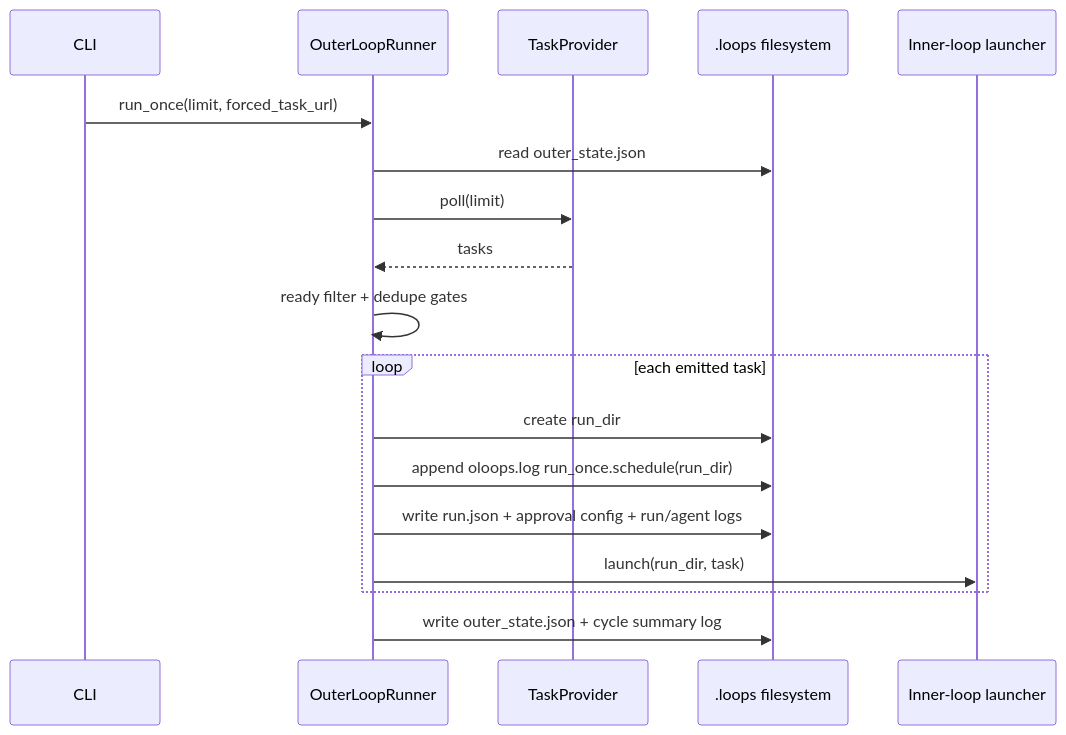
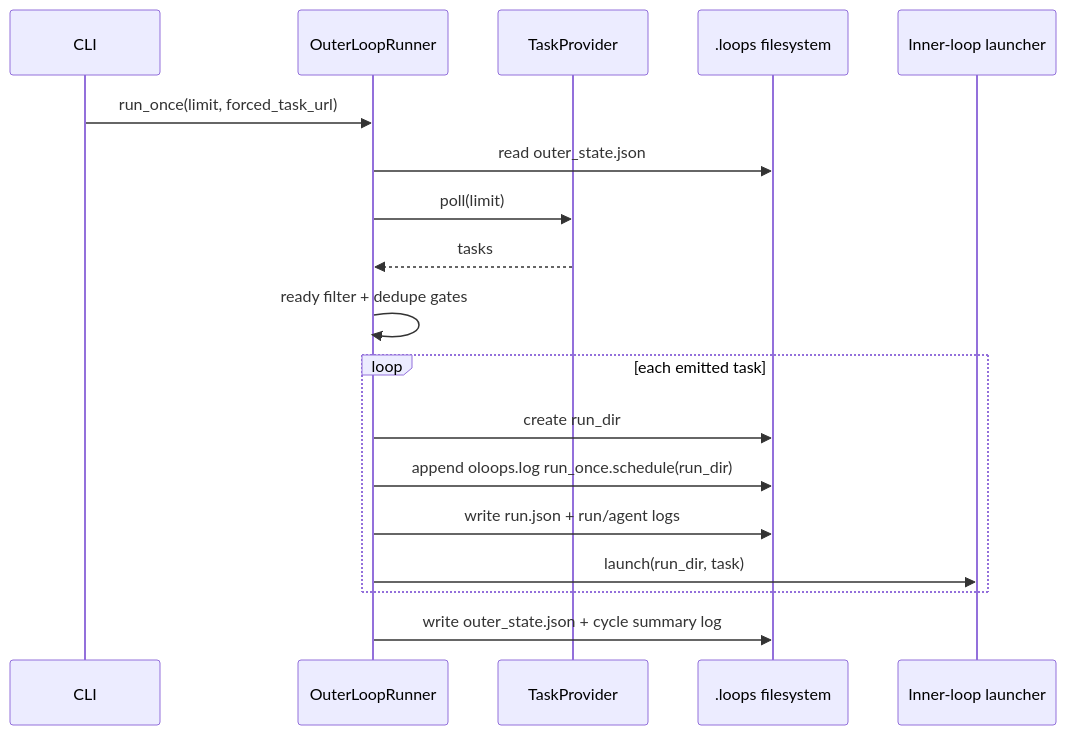
The diagram in docs/flows/ref.outer-loop.md (kevinslin/loops), drawn with Mermaid before and after one commit. The commit also changed other lines of this file and 12 other files, not shown here.

````diff
--- a/docs/flows/ref.outer-loop.md
+++ b/docs/flows/ref.outer-loop.md
@@ -84,21 +84,21 @@
 ```mermaid
 sequenceDiagram
     participant CLI as CLI
     participant O as OuterLoopRunner
     participant P as TaskProvider
     participant FS as .loops filesystem
     participant L as Inner-loop launcher
 
     CLI->>O: run_once(limit, forced_task_url)
     O->>FS: read outer_state.json
     O->>P: poll(limit)
     P-->>O: tasks
     O->>O: ready filter + dedupe gates
     loop each emitted task
         O->>FS: create run_dir
         O->>FS: append oloops.log run_once.schedule(run_dir)
-        O->>FS: write run.json + approval config + run/agent logs
+        O->>FS: write run.json + run/agent logs
         O->>L: launch(run_dir, task)
     end
     O->>FS: write outer_state.json + cycle summary log
 ```
````
